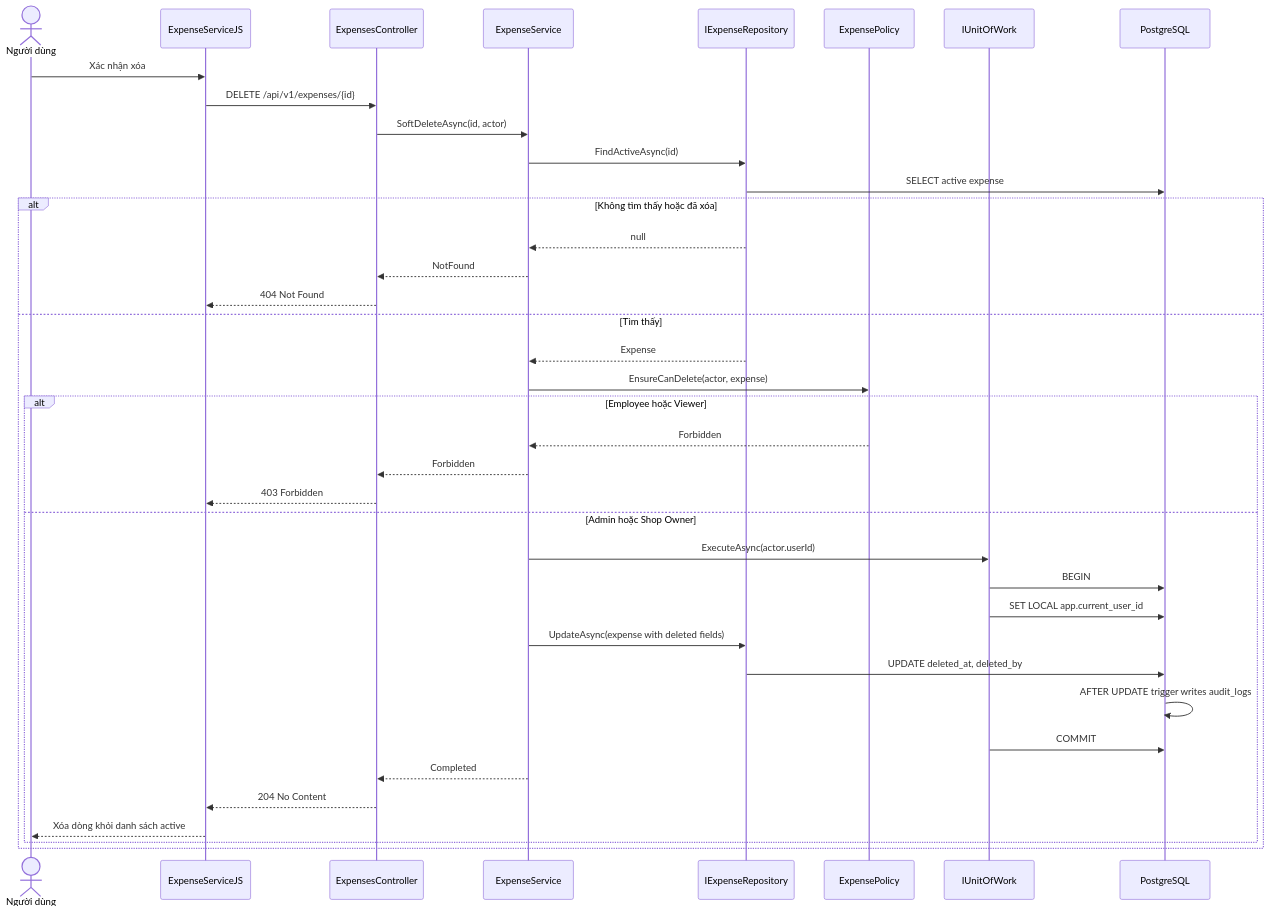
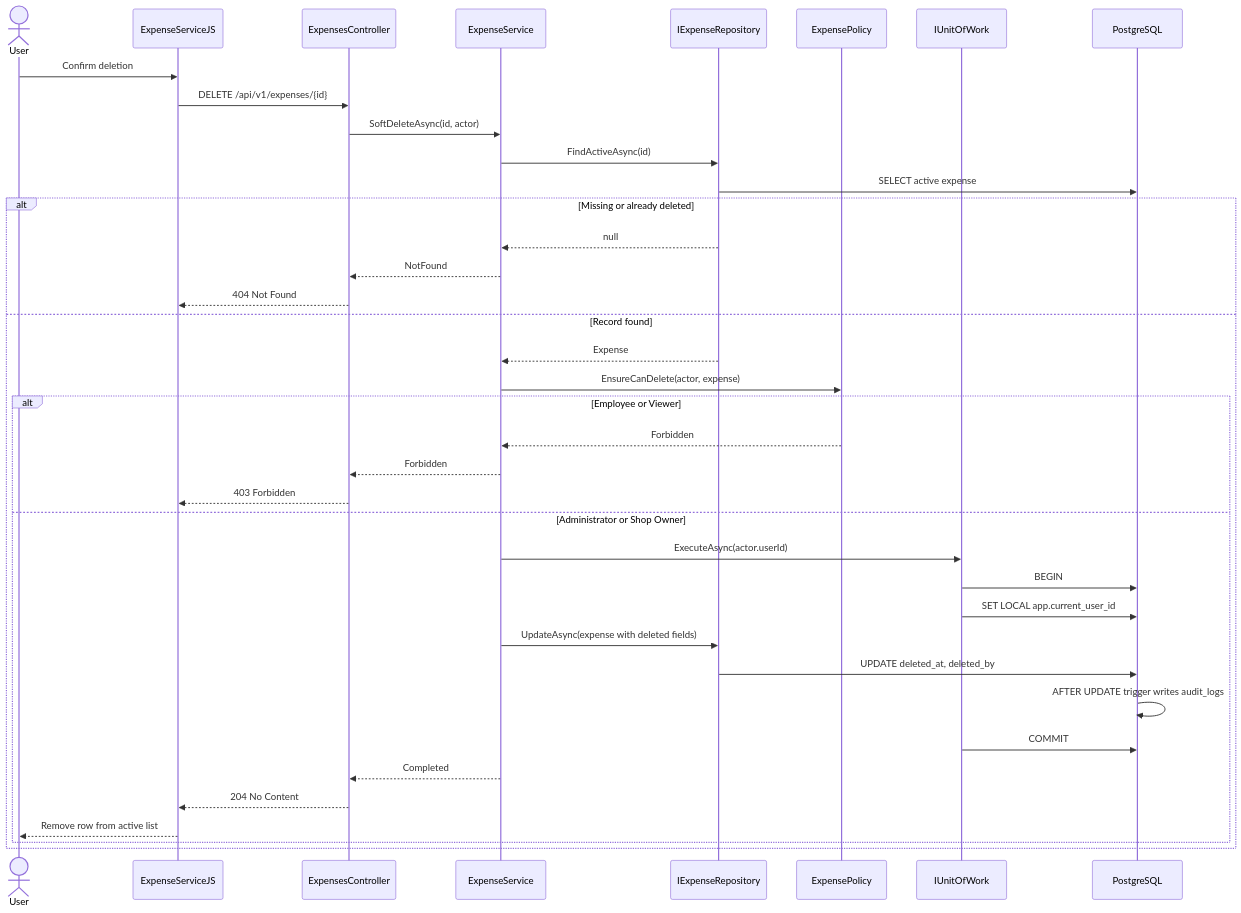
The fifth of 5 diagrams in docs/architecture/uml/02-sequence-diagrams.md (PhamHiep948/finance-manager), drawn with Mermaid before and after one commit. The commit also changed other lines of this file and 16 other files, not shown here.

````diff
--- a/docs/architecture/uml/02-sequence-diagrams.md
+++ b/docs/architecture/uml/02-sequence-diagrams.md
@@ -214,42 +214,42 @@
 ```mermaid
 sequenceDiagram
-    actor User as Người dùng
+    actor User as User
     participant Web as ExpenseServiceJS
     participant Api as ExpensesController
     participant Service as ExpenseService
     participant Repo as IExpenseRepository
     participant Policy as ExpensePolicy
     participant Uow as IUnitOfWork
     participant Db as PostgreSQL
 
-    User->>Web: Xác nhận xóa
+    User->>Web: Confirm deletion
     Web->>Api: DELETE /api/v1/expenses/{id}
     Api->>Service: SoftDeleteAsync(id, actor)
     Service->>Repo: FindActiveAsync(id)
     Repo->>Db: SELECT active expense
 
-    alt Không tìm thấy hoặc đã xóa
+    alt Missing or already deleted
         Repo-->>Service: null
         Service-->>Api: NotFound
         Api-->>Web: 404 Not Found
-    else Tìm thấy
+    else Record found
         Repo-->>Service: Expense
         Service->>Policy: EnsureCanDelete(actor, expense)
-        alt Employee hoặc Viewer
+        alt Employee or Viewer
             Policy-->>Service: Forbidden
             Service-->>Api: Forbidden
             Api-->>Web: 403 Forbidden
-        else Admin hoặc Shop Owner
+        else Administrator or Shop Owner
             Service->>Uow: ExecuteAsync(actor.userId)
             Uow->>Db: BEGIN
             Uow->>Db: SET LOCAL app.current_user_id
             Service->>Repo: UpdateAsync(expense with deleted fields)
             Repo->>Db: UPDATE deleted_at, deleted_by
             Db->>Db: AFTER UPDATE trigger writes audit_logs
             Uow->>Db: COMMIT
             Service-->>Api: Completed
             Api-->>Web: 204 No Content
-            Web-->>User: Xóa dòng khỏi danh sách active
+            Web-->>User: Remove row from active list
         end
     end
 ```
````
